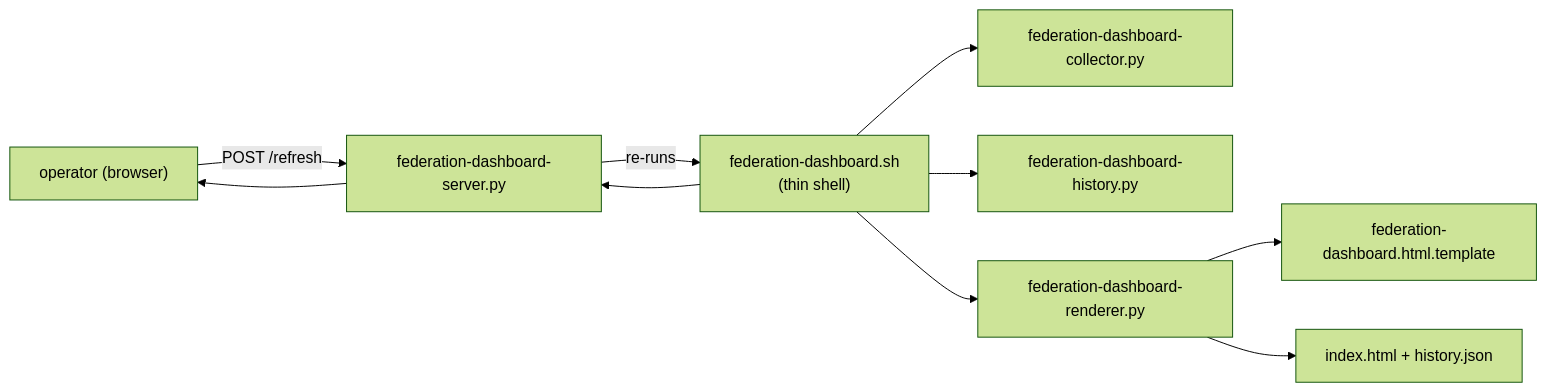
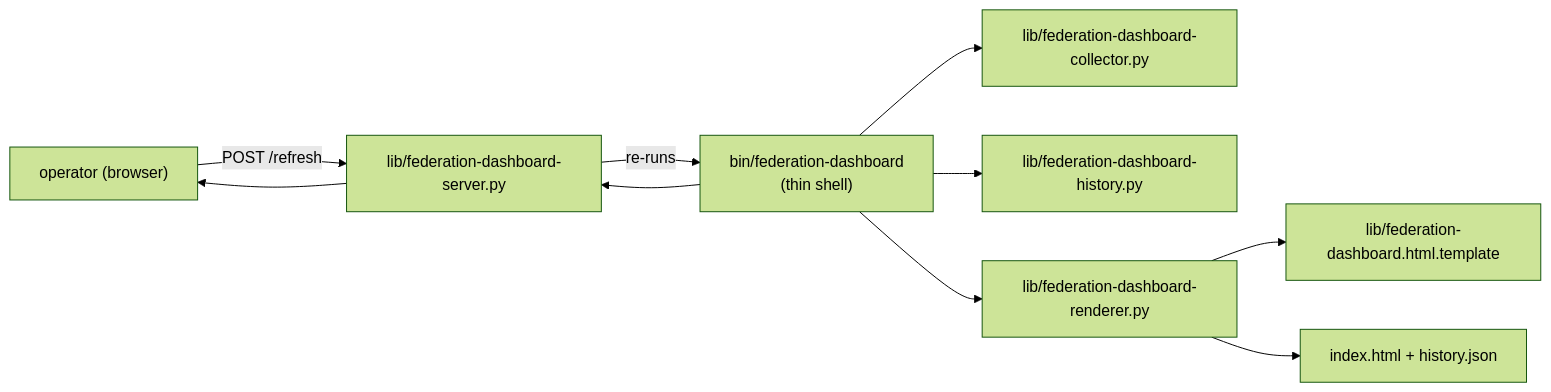
Before and after one commit to Replikanti/agentis-colonies: the diagram in doc/federation-dashboard.md, drawn with Mermaid (forest theme). The commit also changed other lines of this file and 29 other files, not shown here.

First line of the commit message:
feat(dashboard): extract federation-dashboard as standalone component (#252) (#253)

````diff
--- a/doc/federation-dashboard.md
+++ b/doc/federation-dashboard.md
@@ -54,21 +66,21 @@
 ```mermaid
 graph LR
     OP["operator (browser)"]
-    SH["federation-dashboard.sh<br/>(thin shell)"]
-    COL["federation-dashboard-collector.py"]
-    HIST["federation-dashboard-history.py"]
-    REND["federation-dashboard-renderer.py"]
-    TPL["federation-dashboard.html.template"]
-    SRV["federation-dashboard-server.py"]
+    SH["bin/federation-dashboard<br/>(thin shell)"]
+    COL["lib/federation-dashboard-collector.py"]
+    HIST["lib/federation-dashboard-history.py"]
+    REND["lib/federation-dashboard-renderer.py"]
+    TPL["lib/federation-dashboard.html.template"]
+    SRV["lib/federation-dashboard-server.py"]
     OUT["index.html + history.json"]
 
     SH --> COL
     SH --> HIST
     SH --> REND
     REND --> TPL
     REND --> OUT
     SH --> SRV
     SRV --> OP
     OP -->|POST /refresh| SRV
     SRV -->|re-runs| SH
 ```
````
